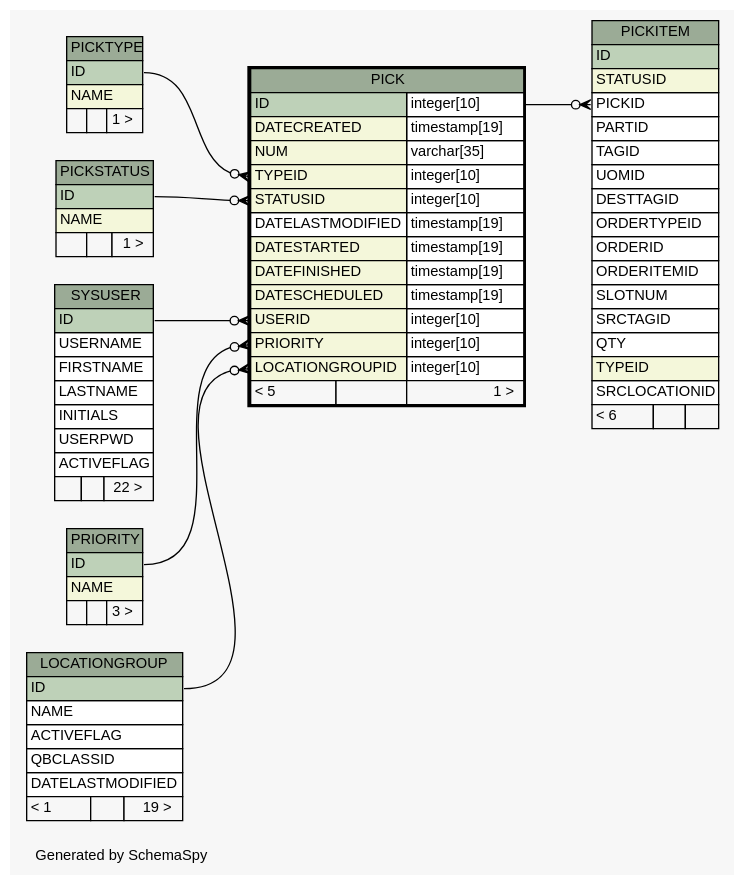
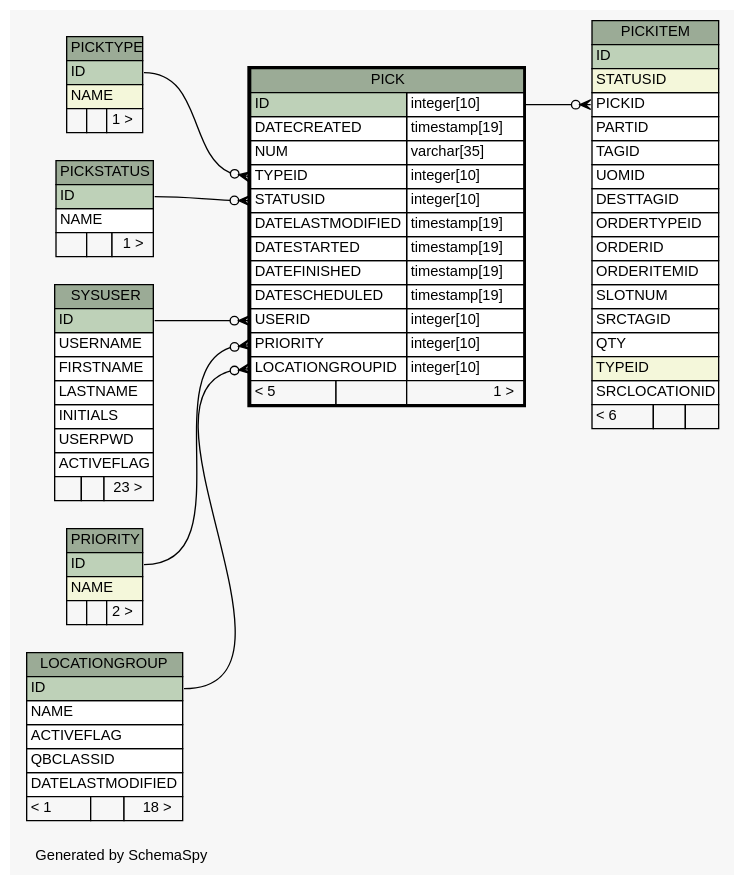
Before and after one commit to ilopez/FishbowlDataDictionary: the diagram in dictionary/Fishbowl2013.5/diagrams/PICK.1degree.dot, drawn with Graphviz. The commit also changed 958 other files, not shown here.

Commit message:
Fixed the folder structure and updated db with SQL updates, and re ran schemaspy

```diff
--- a/dictionary/Fishbowl2013.5/diagrams/PICK.1degree.dot
+++ b/dictionary/Fishbowl2013.5/diagrams/PICK.1degree.dot
@@ -1,136 +1,136 @@
 // dot 2.26.3 on Linux 3.5.0-34-generic
 // SchemaSpy rev 590
 digraph "oneDegreeRelationshipsDiagram" {
   graph [
     rankdir="RL"
     bgcolor="#f7f7f7"
     label="\nGenerated by SchemaSpy"
     labeljust="l"
     nodesep="0.18"
     ranksep="0.46"
     fontname="Helvetica"
     fontsize="11"
   ];
   node [
     fontname="Helvetica"
     fontsize="11"
     shape="plaintext"
   ];
   edge [
     arrowsize="0.8"
   ];
   "PICK":"LOCATIONGROUPID":w -> "LOCATIONGROUP":"ID":e [arrowhead=none dir=back arrowtail=crowodot];
   "PICK":"PRIORITY":w -> "PRIORITY":"ID":e [arrowhead=none dir=back arrowtail=crowodot];
   "PICK":"STATUSID":w -> "PICKSTATUS":"ID":e [arrowhead=none dir=back arrowtail=crowodot];
   "PICK":"TYPEID":w -> "PICKTYPE":"ID":e [arrowhead=none dir=back arrowtail=crowodot];
   "PICK":"USERID":w -> "SYSUSER":"ID":e [arrowhead=none dir=back arrowtail=crowodot];
   "PICKITEM":"PICKID":w -> "PICK":"ID.type":e [arrowhead=none dir=back arrowtail=crowodot];
   "LOCATIONGROUP" [
     label=<
     <TABLE BORDER="0" CELLBORDER="1" CELLSPACING="0" BGCOLOR="#ffffff">
       <TR><TD COLSPAN="3" BGCOLOR="#9bab96" ALIGN="CENTER">LOCATIONGROUP</TD></TR>
       <TR><TD PORT="ID" COLSPAN="3" BGCOLOR="#bed1b8" ALIGN="LEFT">ID</TD></TR>
       <TR><TD PORT="NAME" COLSPAN="3" ALIGN="LEFT">NAME</TD></TR>
       <TR><TD PORT="ACTIVEFLAG" COLSPAN="3" ALIGN="LEFT">ACTIVEFLAG</TD></TR>
       <TR><TD PORT="QBCLASSID" COLSPAN="3" ALIGN="LEFT">QBCLASSID</TD></TR>
       <TR><TD PORT="DATELASTMODIFIED" COLSPAN="3" ALIGN="LEFT">DATELASTMODIFIED</TD></TR>
-      <TR><TD ALIGN="LEFT" BGCOLOR="#f7f7f7">&lt; 1</TD><TD ALIGN="RIGHT" BGCOLOR="#f7f7f7">  </TD><TD ALIGN="RIGHT" BGCOLOR="#f7f7f7">19 &gt;</TD></TR>
+      <TR><TD ALIGN="LEFT" BGCOLOR="#f7f7f7">&lt; 1</TD><TD ALIGN="RIGHT" BGCOLOR="#f7f7f7">  </TD><TD ALIGN="RIGHT" BGCOLOR="#f7f7f7">18 &gt;</TD></TR>
     </TABLE>>
     URL="LOCATIONGROUP.html"
     tooltip="LOCATIONGROUP"
   ];
   "PICK" [
     label=<
     <TABLE BORDER="2" CELLBORDER="1" CELLSPACING="0" BGCOLOR="#ffffff">
       <TR><TD COLSPAN="3" BGCOLOR="#9bab96" ALIGN="CENTER">PICK</TD></TR>
       <TR><TD PORT="ID" COLSPAN="2" BGCOLOR="#bed1b8" ALIGN="LEFT">ID</TD><TD PORT="ID.type" ALIGN="LEFT">integer[10]</TD></TR>
-      <TR><TD PORT="DATECREATED" COLSPAN="2" BGCOLOR="#f4f7da" ALIGN="LEFT">DATECREATED</TD><TD PORT="DATECREATED.type" ALIGN="LEFT">timestamp[19]</TD></TR>
-      <TR><TD PORT="NUM" COLSPAN="2" BGCOLOR="#f4f7da" ALIGN="LEFT">NUM</TD><TD PORT="NUM.type" ALIGN="LEFT">varchar[35]</TD></TR>
-      <TR><TD PORT="TYPEID" COLSPAN="2" BGCOLOR="#f4f7da" ALIGN="LEFT">TYPEID</TD><TD PORT="TYPEID.type" ALIGN="LEFT">integer[10]</TD></TR>
-      <TR><TD PORT="STATUSID" COLSPAN="2" BGCOLOR="#f4f7da" ALIGN="LEFT">STATUSID</TD><TD PORT="STATUSID.type" ALIGN="LEFT">integer[10]</TD></TR>
+      <TR><TD PORT="DATECREATED" COLSPAN="2" ALIGN="LEFT">DATECREATED</TD><TD PORT="DATECREATED.type" ALIGN="LEFT">timestamp[19]</TD></TR>
+      <TR><TD PORT="NUM" COLSPAN="2" ALIGN="LEFT">NUM</TD><TD PORT="NUM.type" ALIGN="LEFT">varchar[35]</TD></TR>
+      <TR><TD PORT="TYPEID" COLSPAN="2" ALIGN="LEFT">TYPEID</TD><TD PORT="TYPEID.type" ALIGN="LEFT">integer[10]</TD></TR>
+      <TR><TD PORT="STATUSID" COLSPAN="2" ALIGN="LEFT">STATUSID</TD><TD PORT="STATUSID.type" ALIGN="LEFT">integer[10]</TD></TR>
       <TR><TD PORT="DATELASTMODIFIED" COLSPAN="2" ALIGN="LEFT">DATELASTMODIFIED</TD><TD PORT="DATELASTMODIFIED.type" ALIGN="LEFT">timestamp[19]</TD></TR>
-      <TR><TD PORT="DATESTARTED" COLSPAN="2" BGCOLOR="#f4f7da" ALIGN="LEFT">DATESTARTED</TD><TD PORT="DATESTARTED.type" ALIGN="LEFT">timestamp[19]</TD></TR>
-      <TR><TD PORT="DATEFINISHED" COLSPAN="2" BGCOLOR="#f4f7da" ALIGN="LEFT">DATEFINISHED</TD><TD PORT="DATEFINISHED.type" ALIGN="LEFT">timestamp[19]</TD></TR>
-      <TR><TD PORT="DATESCHEDULED" COLSPAN="2" BGCOLOR="#f4f7da" ALIGN="LEFT">DATESCHEDULED</TD><TD PORT="DATESCHEDULED.type" ALIGN="LEFT">timestamp[19]</TD></TR>
-      <TR><TD PORT="USERID" COLSPAN="2" BGCOLOR="#f4f7da" ALIGN="LEFT">USERID</TD><TD PORT="USERID.type" ALIGN="LEFT">integer[10]</TD></TR>
-      <TR><TD PORT="PRIORITY" COLSPAN="2" BGCOLOR="#f4f7da" ALIGN="LEFT">PRIORITY</TD><TD PORT="PRIORITY.type" ALIGN="LEFT">integer[10]</TD></TR>
-      <TR><TD PORT="LOCATIONGROUPID" COLSPAN="2" BGCOLOR="#f4f7da" ALIGN="LEFT">LOCATIONGROUPID</TD><TD PORT="LOCATIONGROUPID.type" ALIGN="LEFT">integer[10]</TD></TR>
+      <TR><TD PORT="DATESTARTED" COLSPAN="2" ALIGN="LEFT">DATESTARTED</TD><TD PORT="DATESTARTED.type" ALIGN="LEFT">timestamp[19]</TD></TR>
+      <TR><TD PORT="DATEFINISHED" COLSPAN="2" ALIGN="LEFT">DATEFINISHED</TD><TD PORT="DATEFINISHED.type" ALIGN="LEFT">timestamp[19]</TD></TR>
+      <TR><TD PORT="DATESCHEDULED" COLSPAN="2" ALIGN="LEFT">DATESCHEDULED</TD><TD PORT="DATESCHEDULED.type" ALIGN="LEFT">timestamp[19]</TD></TR>
+      <TR><TD PORT="USERID" COLSPAN="2" ALIGN="LEFT">USERID</TD><TD PORT="USERID.type" ALIGN="LEFT">integer[10]</TD></TR>
+      <TR><TD PORT="PRIORITY" COLSPAN="2" ALIGN="LEFT">PRIORITY</TD><TD PORT="PRIORITY.type" ALIGN="LEFT">integer[10]</TD></TR>
+      <TR><TD PORT="LOCATIONGROUPID" COLSPAN="2" ALIGN="LEFT">LOCATIONGROUPID</TD><TD PORT="LOCATIONGROUPID.type" ALIGN="LEFT">integer[10]</TD></TR>
       <TR><TD ALIGN="LEFT" BGCOLOR="#f7f7f7">&lt; 5</TD><TD ALIGN="RIGHT" BGCOLOR="#f7f7f7">  </TD><TD ALIGN="RIGHT" BGCOLOR="#f7f7f7">1 &gt;</TD></TR>
     </TABLE>>
     URL="PICK.html"
     tooltip="PICK"
   ];
   "PICKITEM" [
     label=<
     <TABLE BORDER="0" CELLBORDER="1" CELLSPACING="0" BGCOLOR="#ffffff">
       <TR><TD COLSPAN="3" BGCOLOR="#9bab96" ALIGN="CENTER">PICKITEM</TD></TR>
       <TR><TD PORT="ID" COLSPAN="3" BGCOLOR="#bed1b8" ALIGN="LEFT">ID</TD></TR>
       <TR><TD PORT="STATUSID" COLSPAN="3" BGCOLOR="#f4f7da" ALIGN="LEFT">STATUSID</TD></TR>
       <TR><TD PORT="PICKID" COLSPAN="3" ALIGN="LEFT">PICKID</TD></TR>
       <TR><TD PORT="PARTID" COLSPAN="3" ALIGN="LEFT">PARTID</TD></TR>
       <TR><TD PORT="TAGID" COLSPAN="3" ALIGN="LEFT">TAGID</TD></TR>
       <TR><TD PORT="UOMID" COLSPAN="3" ALIGN="LEFT">UOMID</TD></TR>
       <TR><TD PORT="DESTTAGID" COLSPAN="3" ALIGN="LEFT">DESTTAGID</TD></TR>
       <TR><TD PORT="ORDERTYPEID" COLSPAN="3" ALIGN="LEFT">ORDERTYPEID</TD></TR>
       <TR><TD PORT="ORDERID" COLSPAN="3" ALIGN="LEFT">ORDERID</TD></TR>
       <TR><TD PORT="ORDERITEMID" COLSPAN="3" ALIGN="LEFT">ORDERITEMID</TD></TR>
       <TR><TD PORT="SLOTNUM" COLSPAN="3" ALIGN="LEFT">SLOTNUM</TD></TR>
       <TR><TD PORT="SRCTAGID" COLSPAN="3" ALIGN="LEFT">SRCTAGID</TD></TR>
       <TR><TD PORT="QTY" COLSPAN="3" ALIGN="LEFT">QTY</TD></TR>
       <TR><TD PORT="TYPEID" COLSPAN="3" BGCOLOR="#f4f7da" ALIGN="LEFT">TYPEID</TD></TR>
       <TR><TD PORT="SRCLOCATIONID" COLSPAN="3" ALIGN="LEFT">SRCLOCATIONID</TD></TR>
       <TR><TD ALIGN="LEFT" BGCOLOR="#f7f7f7">&lt; 6</TD><TD ALIGN="RIGHT" BGCOLOR="#f7f7f7">  </TD><TD ALIGN="RIGHT" BGCOLOR="#f7f7f7">  </TD></TR>
     </TABLE>>
     URL="PICKITEM.html"
     tooltip="PICKITEM"
   ];
   "PICKSTATUS" [
     label=<
     <TABLE BORDER="0" CELLBORDER="1" CELLSPACING="0" BGCOLOR="#ffffff">
       <TR><TD COLSPAN="3" BGCOLOR="#9bab96" ALIGN="CENTER">PICKSTATUS</TD></TR>
       <TR><TD PORT="ID" COLSPAN="3" BGCOLOR="#bed1b8" ALIGN="LEFT">ID</TD></TR>
-      <TR><TD PORT="NAME" COLSPAN="3" BGCOLOR="#f4f7da" ALIGN="LEFT">NAME</TD></TR>
+      <TR><TD PORT="NAME" COLSPAN="3" ALIGN="LEFT">NAME</TD></TR>
       <TR><TD ALIGN="LEFT" BGCOLOR="#f7f7f7">  </TD><TD ALIGN="RIGHT" BGCOLOR="#f7f7f7">  </TD><TD ALIGN="RIGHT" BGCOLOR="#f7f7f7">1 &gt;</TD></TR>
     </TABLE>>
     URL="PICKSTATUS.html"
     tooltip="PICKSTATUS"
   ];
   "PICKTYPE" [
     label=<
     <TABLE BORDER="0" CELLBORDER="1" CELLSPACING="0" BGCOLOR="#ffffff">
       <TR><TD COLSPAN="3" BGCOLOR="#9bab96" ALIGN="CENTER">PICKTYPE</TD></TR>
       <TR><TD PORT="ID" COLSPAN="3" BGCOLOR="#bed1b8" ALIGN="LEFT">ID</TD></TR>
       <TR><TD PORT="NAME" COLSPAN="3" BGCOLOR="#f4f7da" ALIGN="LEFT">NAME</TD></TR>
       <TR><TD ALIGN="LEFT" BGCOLOR="#f7f7f7">  </TD><TD ALIGN="RIGHT" BGCOLOR="#f7f7f7">  </TD><TD ALIGN="RIGHT" BGCOLOR="#f7f7f7">1 &gt;</TD></TR>
     </TABLE>>
     URL="PICKTYPE.html"
     tooltip="PICKTYPE"
   ];
   "PRIORITY" [
     label=<
     <TABLE BORDER="0" CELLBORDER="1" CELLSPACING="0" BGCOLOR="#ffffff">
       <TR><TD COLSPAN="3" BGCOLOR="#9bab96" ALIGN="CENTER">PRIORITY</TD></TR>
       <TR><TD PORT="ID" COLSPAN="3" BGCOLOR="#bed1b8" ALIGN="LEFT">ID</TD></TR>
       <TR><TD PORT="NAME" COLSPAN="3" BGCOLOR="#f4f7da" ALIGN="LEFT">NAME</TD></TR>
-      <TR><TD ALIGN="LEFT" BGCOLOR="#f7f7f7">  </TD><TD ALIGN="RIGHT" BGCOLOR="#f7f7f7">  </TD><TD ALIGN="RIGHT" BGCOLOR="#f7f7f7">3 &gt;</TD></TR>
+      <TR><TD ALIGN="LEFT" BGCOLOR="#f7f7f7">  </TD><TD ALIGN="RIGHT" BGCOLOR="#f7f7f7">  </TD><TD ALIGN="RIGHT" BGCOLOR="#f7f7f7">2 &gt;</TD></TR>
     </TABLE>>
     URL="PRIORITY.html"
     tooltip="PRIORITY"
   ];
   "SYSUSER" [
     label=<
     <TABLE BORDER="0" CELLBORDER="1" CELLSPACING="0" BGCOLOR="#ffffff">
       <TR><TD COLSPAN="3" BGCOLOR="#9bab96" ALIGN="CENTER">SYSUSER</TD></TR>
       <TR><TD PORT="ID" COLSPAN="3" BGCOLOR="#bed1b8" ALIGN="LEFT">ID</TD></TR>
       <TR><TD PORT="USERNAME" COLSPAN="3" ALIGN="LEFT">USERNAME</TD></TR>
       <TR><TD PORT="FIRSTNAME" COLSPAN="3" ALIGN="LEFT">FIRSTNAME</TD></TR>
       <TR><TD PORT="LASTNAME" COLSPAN="3" ALIGN="LEFT">LASTNAME</TD></TR>
       <TR><TD PORT="INITIALS" COLSPAN="3" ALIGN="LEFT">INITIALS</TD></TR>
       <TR><TD PORT="USERPWD" COLSPAN="3" ALIGN="LEFT">USERPWD</TD></TR>
       <TR><TD PORT="ACTIVEFLAG" COLSPAN="3" ALIGN="LEFT">ACTIVEFLAG</TD></TR>
-      <TR><TD ALIGN="LEFT" BGCOLOR="#f7f7f7">  </TD><TD ALIGN="RIGHT" BGCOLOR="#f7f7f7">  </TD><TD ALIGN="RIGHT" BGCOLOR="#f7f7f7">22 &gt;</TD></TR>
+      <TR><TD ALIGN="LEFT" BGCOLOR="#f7f7f7">  </TD><TD ALIGN="RIGHT" BGCOLOR="#f7f7f7">  </TD><TD ALIGN="RIGHT" BGCOLOR="#f7f7f7">23 &gt;</TD></TR>
     </TABLE>>
     URL="SYSUSER.html"
     tooltip="SYSUSER"
   ];
 }
```
